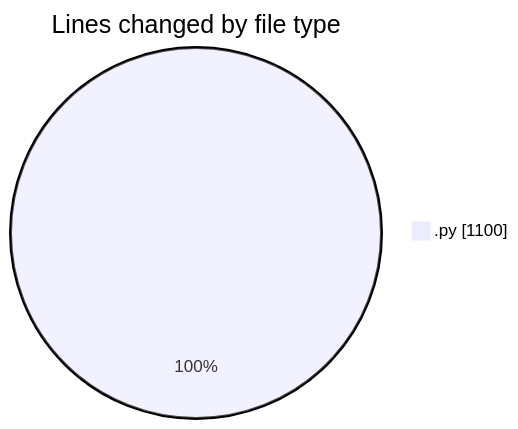
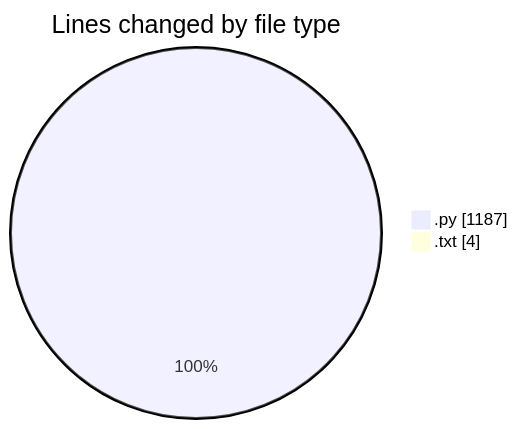
The first of 2 diagrams in 2025-06-01/video_app/README.md (CELIANVF/code-tracking), drawn with Mermaid before and after one commit. The commit also changed other lines of this file and 1 other file, not shown here.

````diff
--- a/2025-06-01/video_app/README.md
+++ b/2025-06-01/video_app/README.md
@@ -23,5 +25,6 @@
 ```mermaid
 pie showData
 title Lines changed by file type
-".py" : 1100
+".py" : 1187
+".txt" : 4
 ```
````
